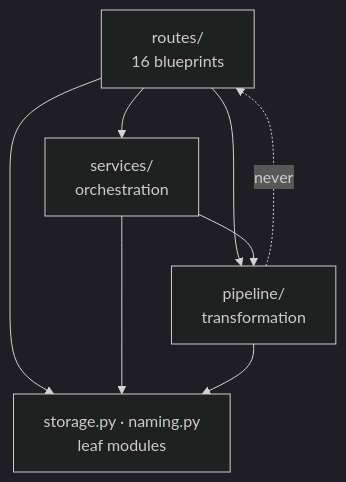
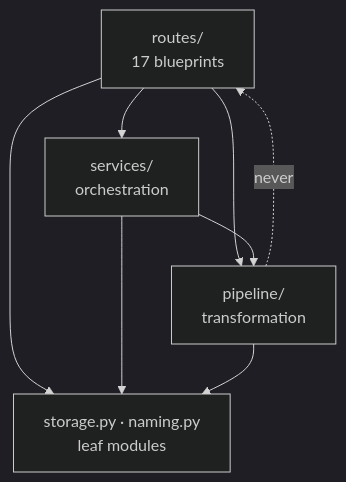
One commit to jennarbates/StratigraphyGenerator changed the diagram in docs/cs/layered-architecture.md. Above: the diagram before and after it, drawn with Mermaid (dark theme). The commit also changed other lines of this file and 202 other files, not shown here.

````diff
--- a/docs/cs/layered-architecture.md
+++ b/docs/cs/layered-architecture.md
@@ -40,10 +40,10 @@
 ```mermaid
 flowchart TB
-  R["routes/<br/>16 blueprints"] --> S["services/<br/>orchestration"]
+  R["routes/<br/>17 blueprints"] --> S["services/<br/>orchestration"]
   R --> P["pipeline/<br/>transformation"]
   S --> P
   R --> L["storage.py · naming.py<br/>leaf modules"]
   S --> L
   P --> L
   P -.->|"never"| R
 ```
````
